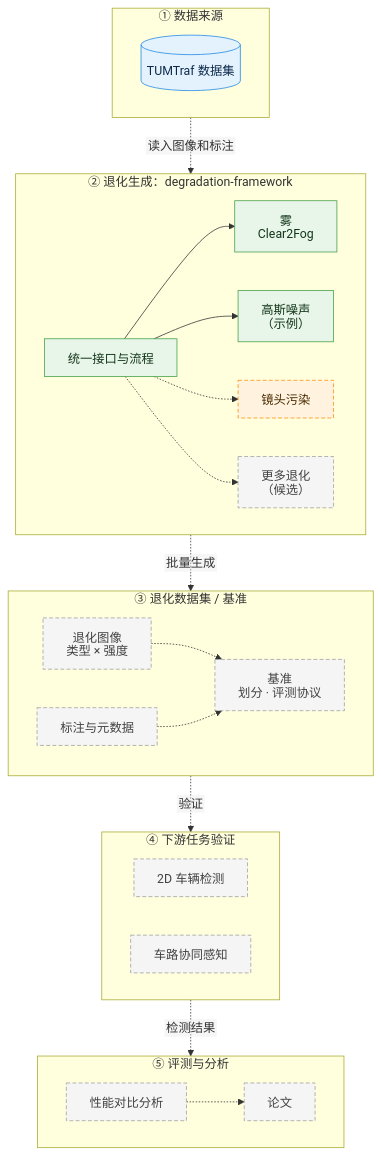
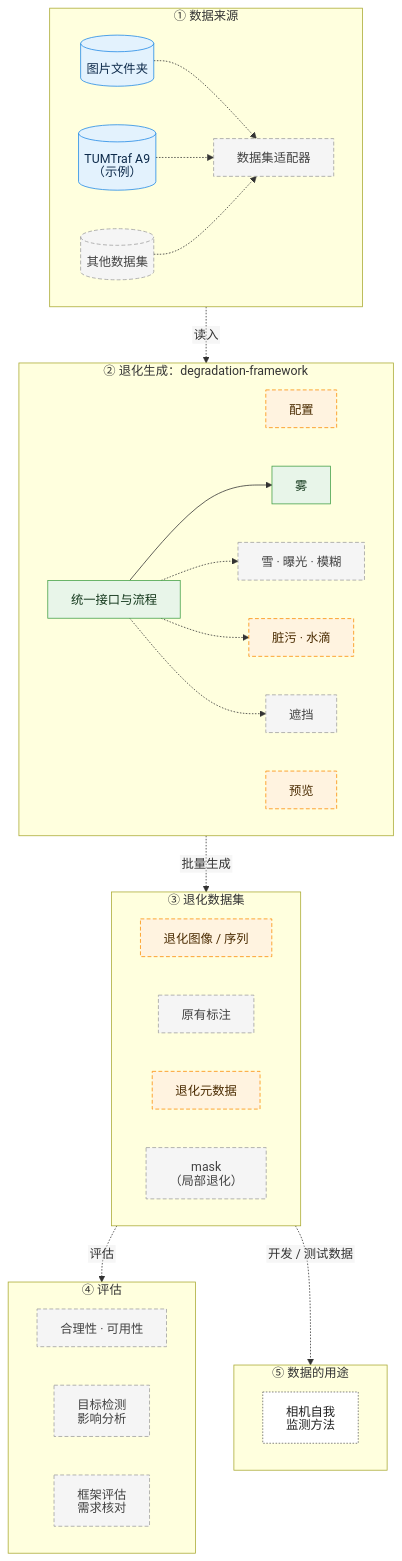
Before and after one commit to Tommy6015/degradation-framework: the diagram in doc/roadmap.md, drawn with Mermaid. The commit also changed other lines of this file and 4 other files, not shown here.

First line of the commit message:
doc: requirements from the thesis task; roadmap aligned with it

````diff
--- a/doc/roadmap.md
+++ b/doc/roadmap.md
@@ -14,53 +13,62 @@
 ```mermaid
 %%{init: {"htmlLabels": false, "flowchart": {"htmlLabels": false, "wrappingWidth": 400}}}%%
 flowchart TB
     subgraph S1["① 数据来源"]
-        tum[("TUMTraf 数据集")]
+        folder[("图片文件夹")]
+        tum[("TUMTraf A9<br/>（示例）")]
+        other[("其他数据集")]
+        dsa["数据集适配器"]
     end
 
     subgraph S2["② 退化生成：degradation-framework"]
+        cfg["配置"]
         core["统一接口与流程"]
-        fog["雾<br/>Clear2Fog"]
-        noise["高斯噪声<br/>（示例）"]
-        lens["镜头污染"]
-        more["更多退化<br/>（候选）"]
+        prev["预览"]
+        fog["雾"]
+        glob["雪 · 曝光 · 模糊"]
+        lens["脏污 · 水滴"]
+        occ["遮挡"]
     end
 
-    subgraph S3["③ 退化数据集 / 基准"]
-        ds["退化图像<br/>类型 × 强度"]
-        ann["标注与元数据"]
-        bench["基准<br/>划分 · 评测协议"]
+    subgraph S3["③ 退化数据集"]
+        img["退化图像 / 序列"]
+        ann["原有标注"]
+        meta["退化元数据"]
+        mask["mask<br/>（局部退化）"]
     end
 
-    subgraph S4["④ 下游任务验证"]
-        det["2D 车辆检测"]
-        coop["车路协同感知"]
+    subgraph S4["④ 评估"]
+        plaus["合理性 · 可用性"]
+        det["目标检测<br/>影响分析"]
+        fw["框架评估<br/>需求核对"]
     end
 
-    subgraph S5["⑤ 评测与分析"]
-        eva["性能对比分析"]
-        paper["论文"]
+    subgraph S5["⑤ 数据的用途"]
+        sm["相机自我<br/>监测方法"]
     end
 
+    folder -.-> dsa
+    tum -.-> dsa
+    other -.-> dsa
+
     core --> fog
-    core --> noise
+    core -.-> glob
     core -.-> lens
-    core -.-> more
-    ds -.-> bench
-    ann -.-> bench
-    eva -.-> paper
+    core -.-> occ
 
-    S1 -.->|"读入图像和标注"| S2
+    S1 -.->|"读入"| S2
     S2 -.->|"批量生成"| S3
-    S3 -.->|"验证"| S4
-    S4 -.->|"检测结果"| S5
+    S3 -.->|"评估"| S4
+    S3 -.->|"开发 / 测试数据"| S5
 
     classDef done fill:#E8F5E9,stroke:#43A047,color:#12361A
     classDef wip fill:#FFF3E0,stroke:#FB8C00,color:#4A2B00,stroke-dasharray:5 3
     classDef planned fill:#F5F5F5,stroke:#9E9E9E,color:#424242,stroke-dasharray:5 3
     classDef data fill:#E3F2FD,stroke:#1E88E5,color:#0D2A4A
-    class core,fog,noise done
-    class lens wip
-    class more,ds,ann,bench,det,coop,eva,paper planned
-    class tum data
+    classDef ext fill:#FFFFFF,stroke:#616161,color:#212121,stroke-dasharray:2 2
+    class core,fog done
+    class cfg,prev,lens,img,meta wip
+    class glob,occ,ann,mask,plaus,det,fw,dsa,other planned
+    class tum,folder data
+    class sm ext
 ```
````
